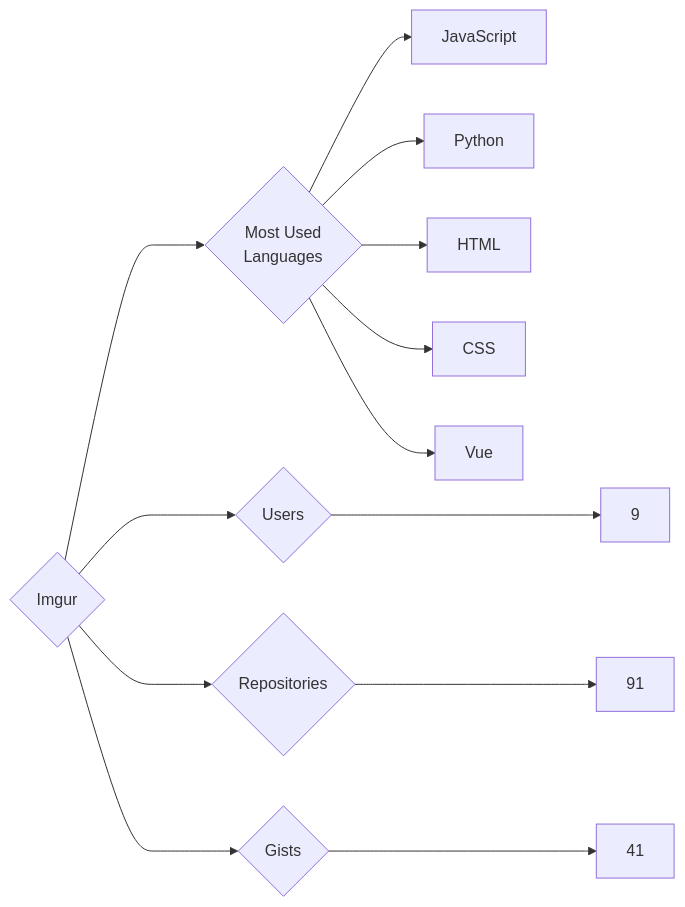
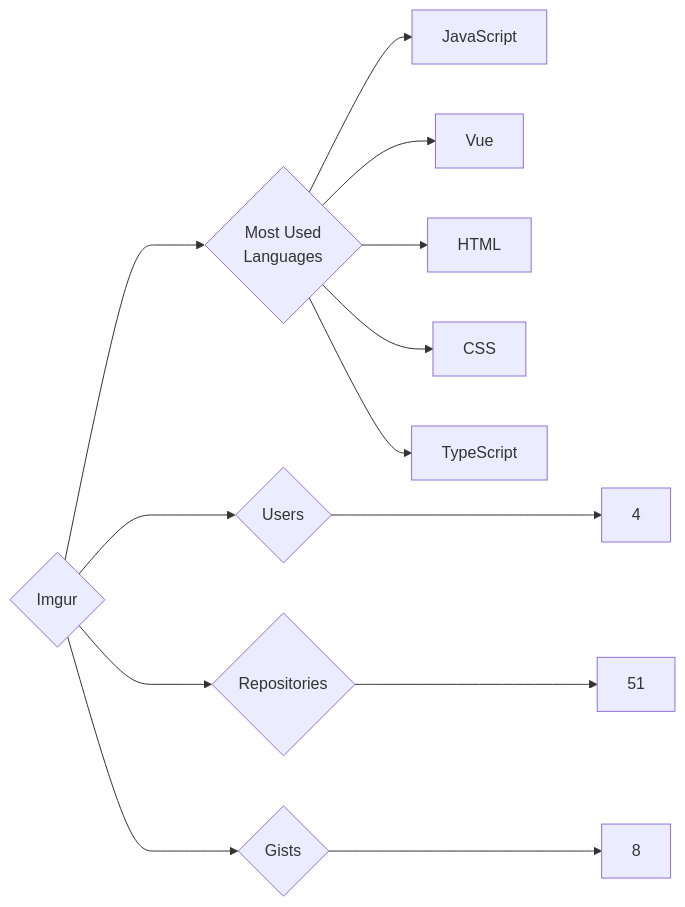
The diagram in targets/Imgur/README.md (trickest/insiders), drawn with Mermaid before and after one commit. The commit also changed 1170 other files, not shown here.

````diff
--- a/targets/Imgur/README.md
+++ b/targets/Imgur/README.md
@@ -3,13 +3,13 @@
 ```mermaid
 graph LR
 COMPANY_NAME{Imgur}
-COMPANY_NAME ---> U{Users} ---> UN[9]
-COMPANY_NAME ---> R{Repositories} ---> RN[91]
-COMPANY_NAME ---> G{Gists} ---> GN[41]
+COMPANY_NAME ---> U{Users} ---> UN[4]
+COMPANY_NAME ---> R{Repositories} ---> RN[51]
+COMPANY_NAME ---> G{Gists} ---> GN[8]
 COMPANY_NAME ---> ML{Most Used<br>Languages}
 ML --> JavaScript[JavaScript]
-ML --> Python[Python]
+ML --> Vue[Vue]
 ML --> HTML[HTML]
 ML --> CSS[CSS]
-ML --> Vue[Vue]
+ML --> TypeScript[TypeScript]
 ```
````
